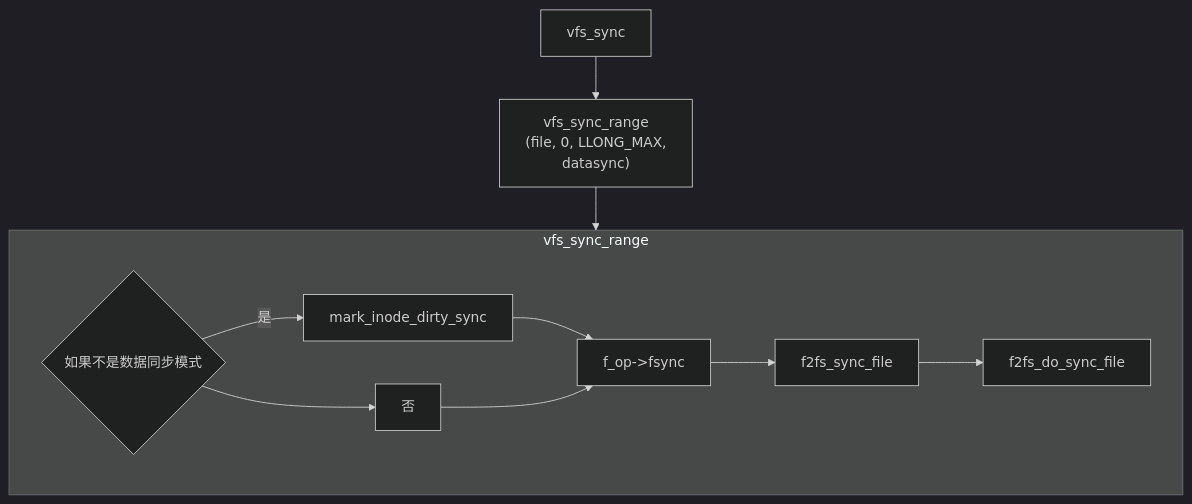
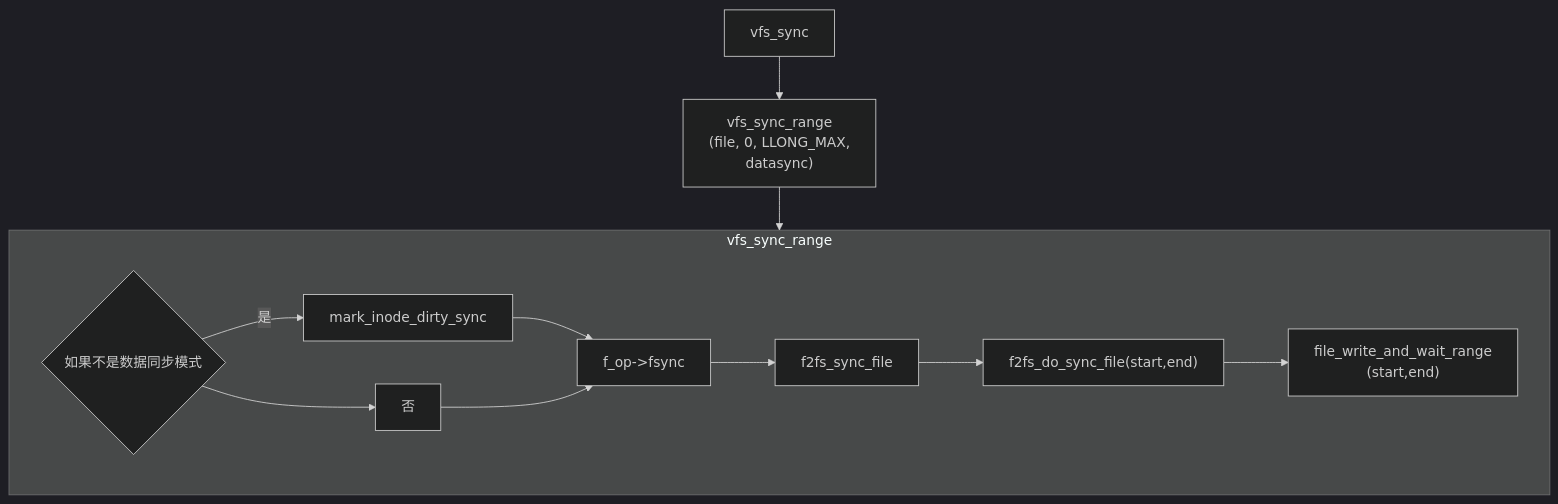
One commit to sigmanature/learn_os_note changed the diagram in 6.13.1内核文档注释/fs/sync.c/README.md. Above: the diagram before and after it, drawn with Mermaid (dark theme). The commit also changed 2 other files, not shown here.

````diff
--- a/6.13.1内核文档注释/fs/sync.c/README.md
+++ b/6.13.1内核文档注释/fs/sync.c/README.md
@@ -2,10 +2,11 @@
 ```mermaid
 %%{wrap:true}%%
 graph TD
 A[vfs_sync]-->B["vfs_sync_range<br>(file, 0, LLONG_MAX, <br>datasync)"]-->a
 subgraph a[vfs_sync_range]
-1{如果不是数据同步模式}--是-->2[mark_inode_dirty_sync]-->3["f_op->fsync"]-->4[f2fs_sync_file]-->5[f2fs_do_sync_file]
+1{如果不是数据同步模式}--是-->2[mark_inode_dirty_sync]-->3["f_op->fsync"]-->4[f2fs_sync_file]-->5["f2fs_do_sync_file(start,end)"]-->6["file_write_and_wait_range<br>(start,end)"]
 1-->否-->3
 end
-
+click 5 https://github.com/sigmanature/learn_os_note/blob/main/6.13.1%E5%86%85%E6%A0%B8%E6%96%87%E6%A1%A3%E6%B3%A8%E9%87%8A/fs/f2fs/file.c/f2fs_do_sync_file.md
+click 6 https://github.com/sigmanature/learn_os_note/blob/main/6.13.1%E5%86%85%E6%A0%B8%E6%96%87%E6%A1%A3%E6%B3%A8%E9%87%8A/mm/filemap.c/file_write_and_wait_range.md
 ```
````
